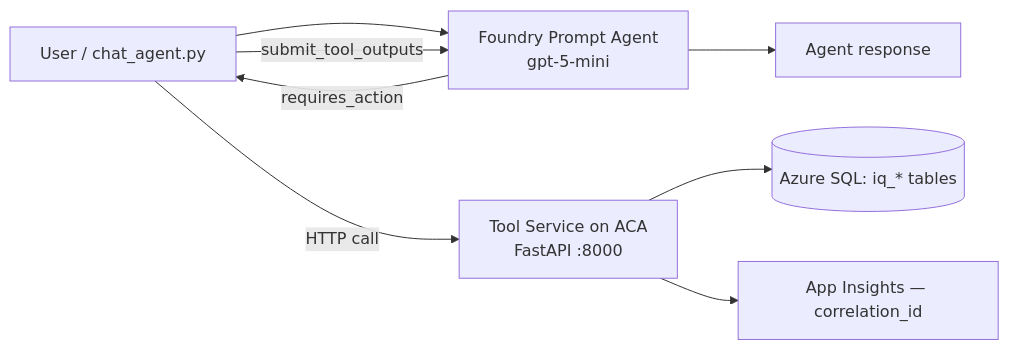
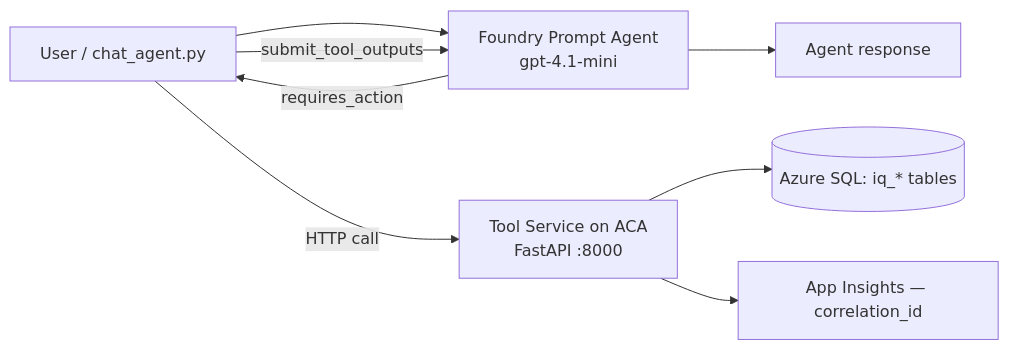
Before and after one commit to aionic/IQ-Workshop: the diagram in README.md, drawn with Mermaid. The commit also changed other lines of this file and 14 other files, not shown here.

First line of the commit message:
refactor: Agent Framework v2 SDK + gpt-4.1-mini model switch

````diff
--- a/README.md
+++ b/README.md
@@ -19,10 +19,10 @@
 ```mermaid
 flowchart LR
-  U[User / chat_agent.py] --> A[Foundry Prompt Agent\ngpt-5-mini]
+  U[User / chat_agent.py] --> A[Foundry Prompt Agent\ngpt-4.1-mini]
   A -->|requires_action| U
   U -->|HTTP call| Q[Tool Service on ACA\nFastAPI :8000]
   Q --> D[(Azure SQL: iq_* tables)]
   Q --> O[App Insights — correlation_id]
   U -->|submit_tool_outputs| A
   A --> R[Agent response]
 ```
````
